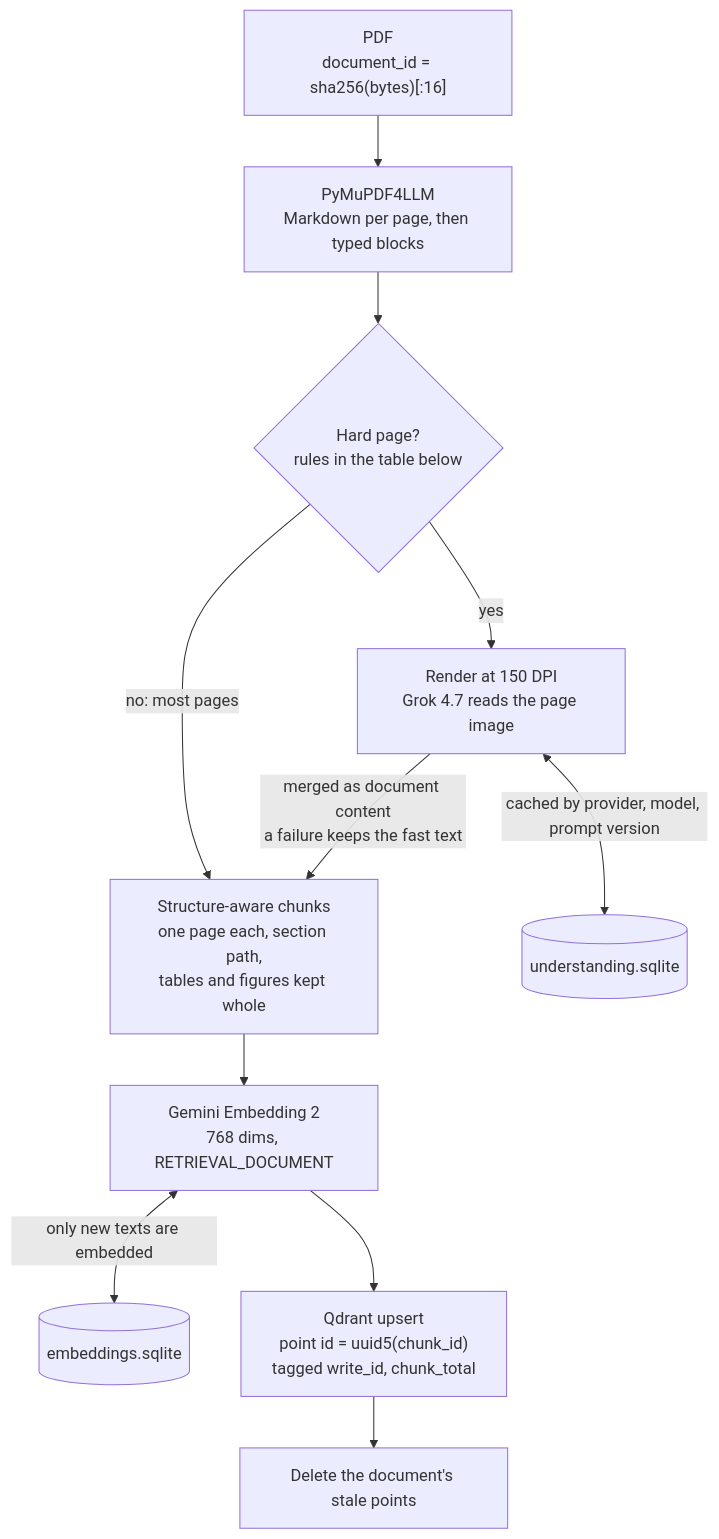
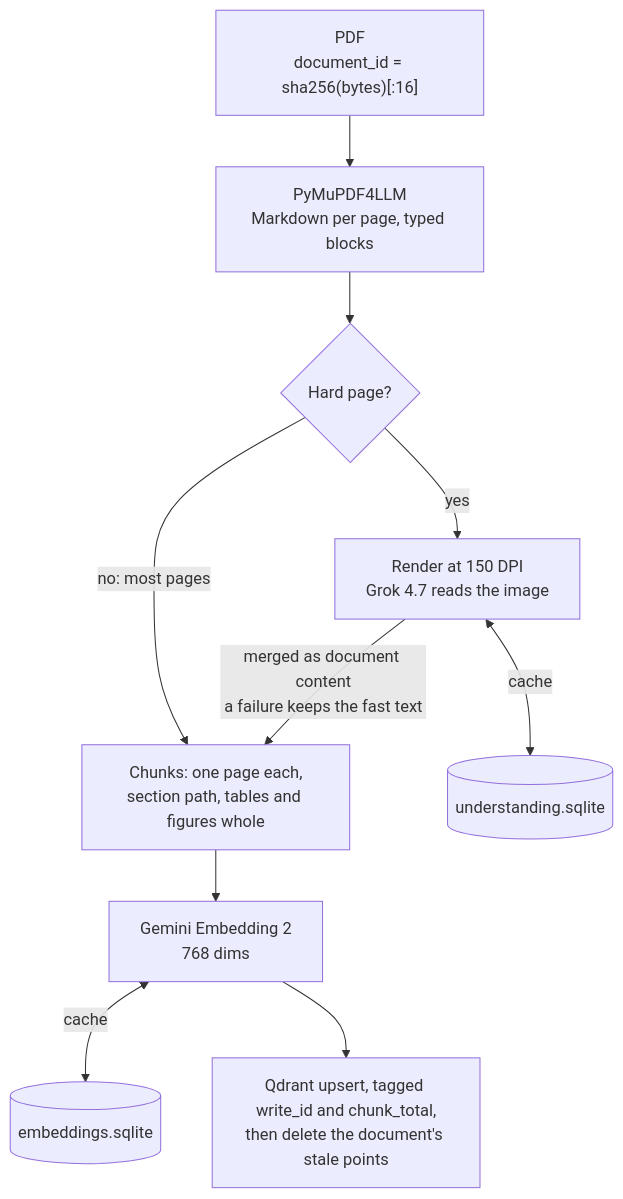
One commit to tarunkauxhik/multimodal-enterprise-rag changed the second of 3 diagrams in README.md. Above: the diagram before and after it, drawn with Mermaid. The commit also changed other lines of this file, not shown here.

````diff
--- a/README.md
+++ b/README.md
@@ -59,13 +56,12 @@
 ```mermaid
 flowchart TB
-    P["PDF<br/>document_id = sha256(bytes)[:16]"] --> X["PyMuPDF4LLM<br/>Markdown per page, then typed blocks"]
-    X --> R{"Hard page?<br/>rules in the table below"}
+    P["PDF<br/>document_id = sha256(bytes)[:16]"] --> X["PyMuPDF4LLM<br/>Markdown per page, typed blocks"]
+    X --> R{"Hard page?"}
     R -->|"no: most pages"| C
-    R -->|"yes"| V["Render at 150 DPI<br/>Grok 4.7 reads the page image"]
-    V <-->|"cached by provider, model, prompt version"| UC[("understanding.sqlite")]
-    V -->|"merged as document content<br/>a failure keeps the fast text"| C["Structure-aware chunks<br/>one page each, section path,<br/>tables and figures kept whole"]
-    C --> E["Gemini Embedding 2<br/>768 dims, RETRIEVAL_DOCUMENT"]
-    E <-->|"only new texts are embedded"| EC[("embeddings.sqlite")]
-    E --> S["Qdrant upsert<br/>point id = uuid5(chunk_id)<br/>tagged write_id, chunk_total"]
-    S --> D["Delete the document's stale points"]
+    R -->|"yes"| V["Render at 150 DPI<br/>Grok 4.7 reads the image"]
+    V <-->|"cache"| UC[("understanding.sqlite")]
+    V -->|"merged as document content<br/>a failure keeps the fast text"| C["Chunks: one page each,<br/>section path, tables and figures whole"]
+    C --> E["Gemini Embedding 2<br/>768 dims"]
+    E <-->|"cache"| EC[("embeddings.sqlite")]
+    E --> S["Qdrant upsert, tagged write_id and chunk_total,<br/>then delete the document's stale points"]
 ```
````
